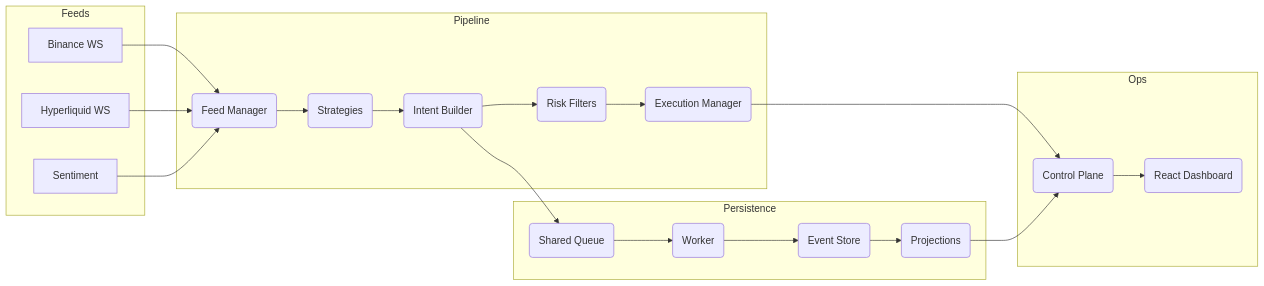
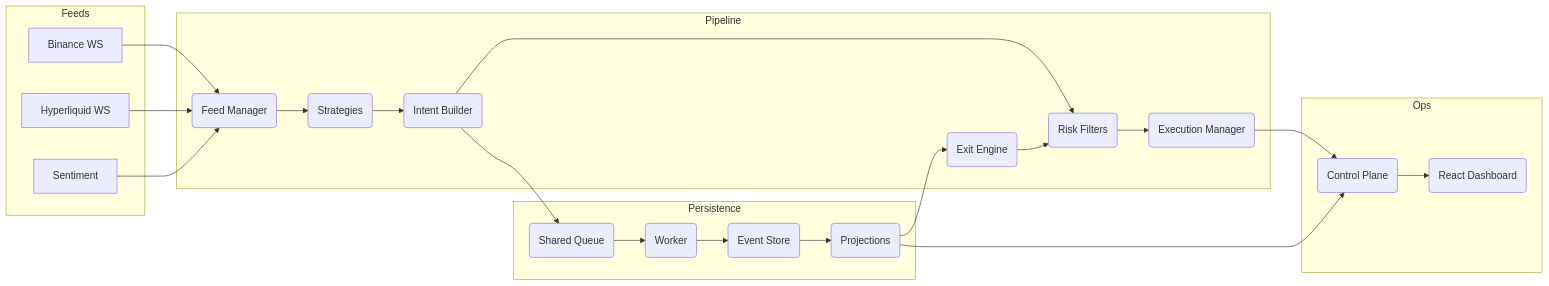
Before and after one commit to dgrah50/rx-trader: the diagram in README.md, drawn with Mermaid. The commit also changed other lines of this file and 20 other files, not shown here.

````diff
--- a/README.md
+++ b/README.md
@@ -16,28 +16,30 @@
 ```mermaid
 graph LR
   subgraph Feeds
     BF[Binance WS]
     HF[Hyperliquid WS]
     SF[Sentiment]
   end
   subgraph Pipeline
     FM(Feed Manager)
     STRAT(Strategies)
+    EXIT(Exit Engine)
     INTENT(Intent Builder)
     RISK(Risk Filters)
     EXEC(Execution Manager)
   end
   subgraph Persistence
     QUEUE(Shared Queue)
     WORKER(Worker)
     STORE(Event Store)
     PROJ(Projections)
   end
   subgraph Ops
     API(Control Plane)
     UI(React Dashboard)
   end
   BF & HF & SF --> FM --> STRAT --> INTENT --> RISK --> EXEC
+  PROJ --> EXIT --> RISK
   EXEC --> API
   INTENT --> QUEUE --> WORKER --> STORE --> PROJ --> API --> UI
 ```
````
